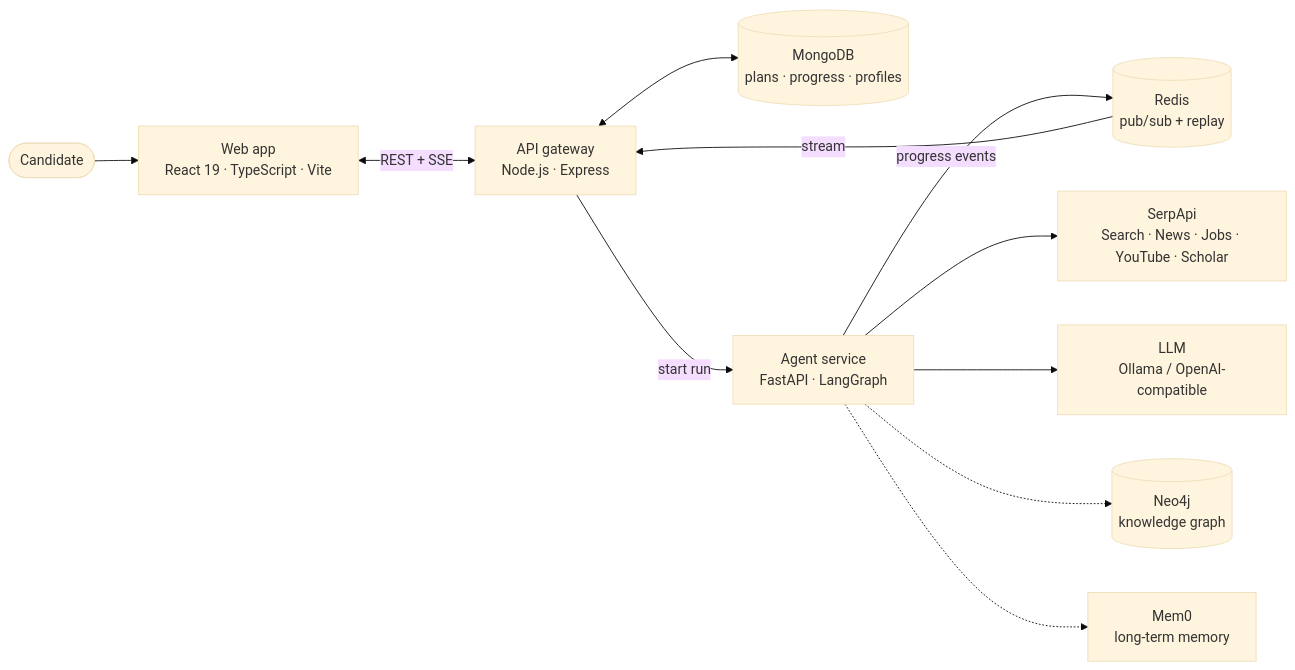
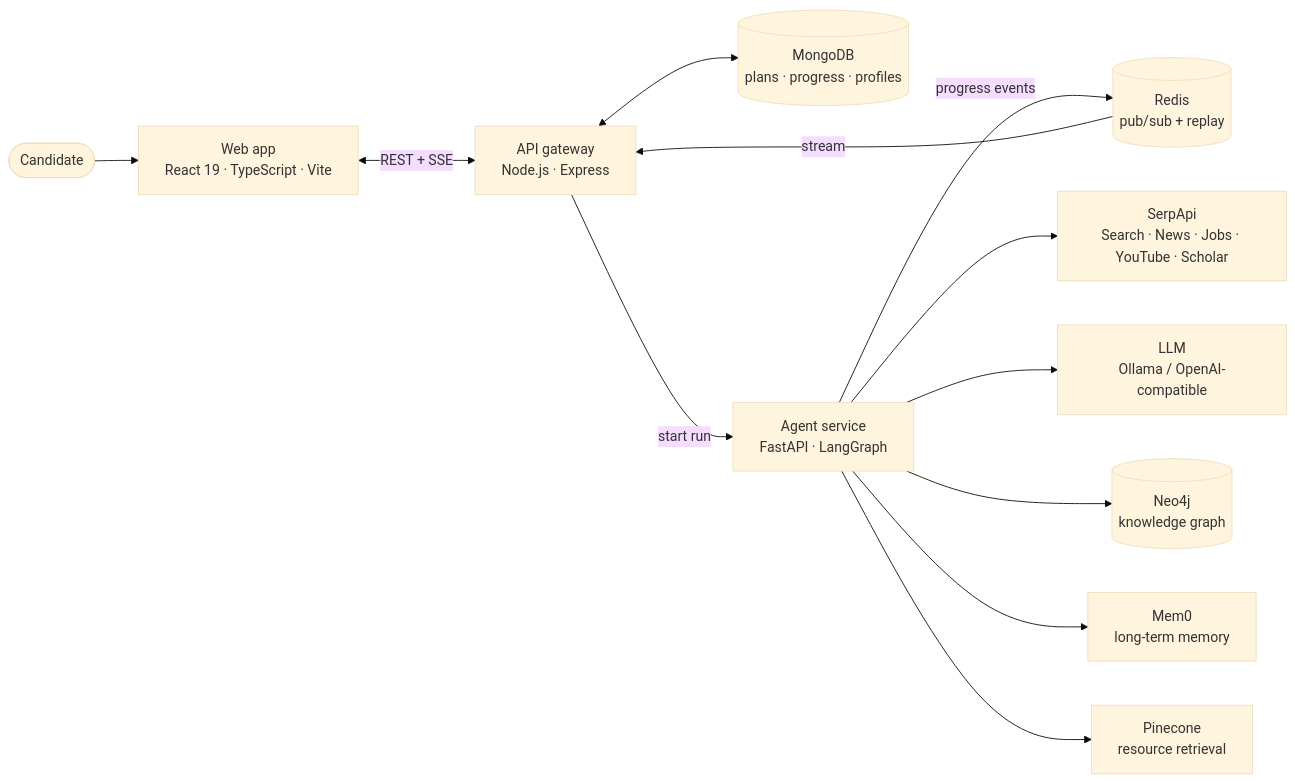
One commit to anjali76Codes/PrepAmigo-Multi-Agent-Personalized-Preparation-System changed the diagram in README.md. Above: the diagram before and after it, drawn with Mermaid (base theme). The commit also changed other lines of this file, not shown here.

````diff
--- a/README.md
+++ b/README.md
@@ -132,13 +111,14 @@
 ```mermaid
 flowchart LR
     U([Candidate]) --> FE["Web app<br/>React 19 · TypeScript · Vite"]
     FE <-->|"REST + SSE"| BE["API gateway<br/>Node.js · Express"]
     BE <--> DB[("MongoDB<br/>plans · progress · profiles")]
     BE -->|"start run"| AG["Agent service<br/>FastAPI · LangGraph"]
     AG -->|"progress events"| RD[("Redis<br/>pub/sub + replay")]
     RD -->|"stream"| BE
     AG --> SP["SerpApi<br/>Search · News · Jobs · YouTube · Scholar"]
     AG --> LLM["LLM<br/>Ollama / OpenAI-compatible"]
-    AG -.-> KG[("Neo4j<br/>knowledge graph")]
-    AG -.-> MM["Mem0<br/>long-term memory"]
+    AG --> KG[("Neo4j<br/>knowledge graph")]
+    AG --> MM["Mem0<br/>long-term memory"]
+    AG --> PC["Pinecone<br/>resource retrieval"]
 ```
````
